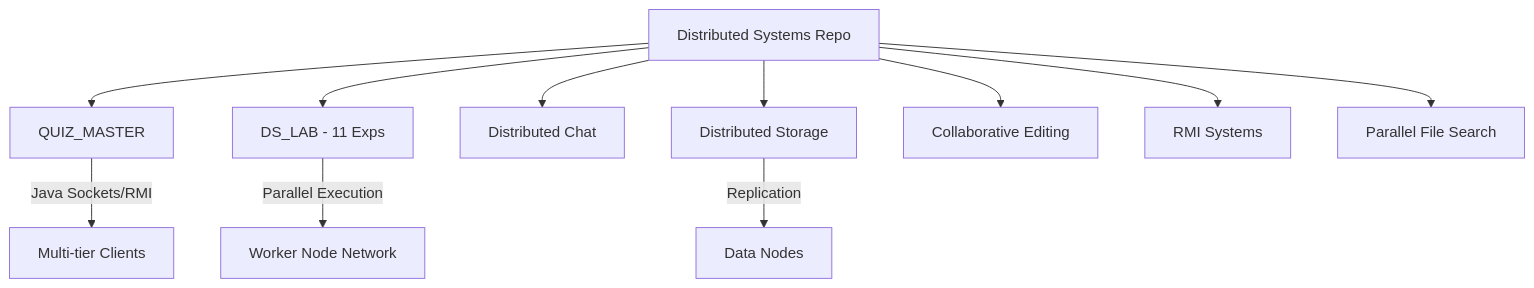
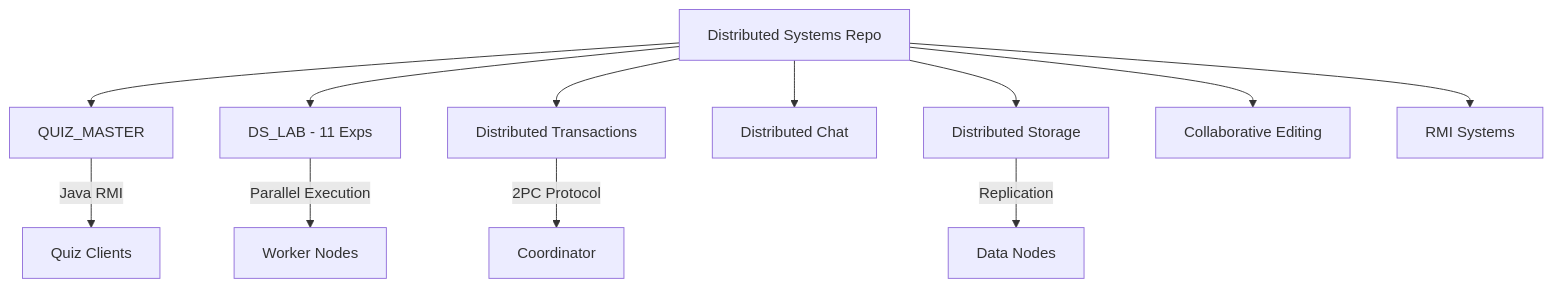
Before and after one commit to widgetwalker/Distributed_Storage: the diagram in README.md, drawn with Mermaid. The commit also changed other lines of this file and 87 other files, not shown here.

````diff
--- a/README.md
+++ b/README.md
@@ -52,14 +40,15 @@
 ```mermaid
 graph TD
     Root[Distributed Systems Repo] --> JavaApp[QUIZ_MASTER]
     Root --> Lab[DS_LAB - 11 Exps]
+    Root --> Trans[Distributed Transactions]
     Root --> Chat[Distributed Chat]
     Root --> Storage[Distributed Storage]
     Root --> Editor[Collaborative Editing]
     Root --> RMI[RMI Systems]
-    Root --> Search[Parallel File Search]
-
-    JavaApp -- "Java Sockets/RMI" --> JClients[Multi-tier Clients]
-    Lab -- "Parallel Execution" --> Workers[Worker Node Network]
+    
+    JavaApp -- "Java RMI" --> JClients[Quiz Clients]
+    Lab -- "Parallel Execution" --> Workers[Worker Nodes]
+    Trans -- "2PC Protocol" --> Coord[Coordinator]
     Storage -- "Replication" --> Replica[Data Nodes]
 ```
````
